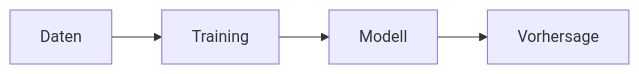
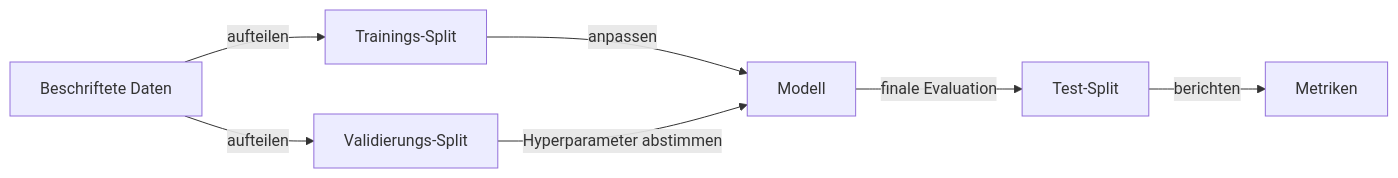
Before and after one commit to EmersonBraun/ai-summary-hub: the diagram in i18n/de/docusaurus-plugin-content-docs/current/fundamentals/machine-learning.md, drawn with Mermaid. The commit also changed other lines of this file and 178 other files, not shown here.

````diff
--- a/i18n/de/docusaurus-plugin-content-docs/current/fundamentals/machine-learning.md
+++ b/i18n/de/docusaurus-plugin-content-docs/current/fundamentals/machine-learning.md
@@ -17,6 +21,9 @@
 ```mermaid
 flowchart LR
-  Data[Daten] --> Train[Training]
-  Train --> Model[Modell]
-  Model --> Predict[Vorhersage]
+  Data[Beschriftete Daten] -->|aufteilen| Train[Trainings-Split]
+  Data -->|aufteilen| Val[Validierungs-Split]
+  Train -->|anpassen| Model[Modell]
+  Val -->|Hyperparameter abstimmen| Model
+  Model -->|finale Evaluation| Test[Test-Split]
+  Test -->|berichten| Metrics[Metriken]
 ```
````
